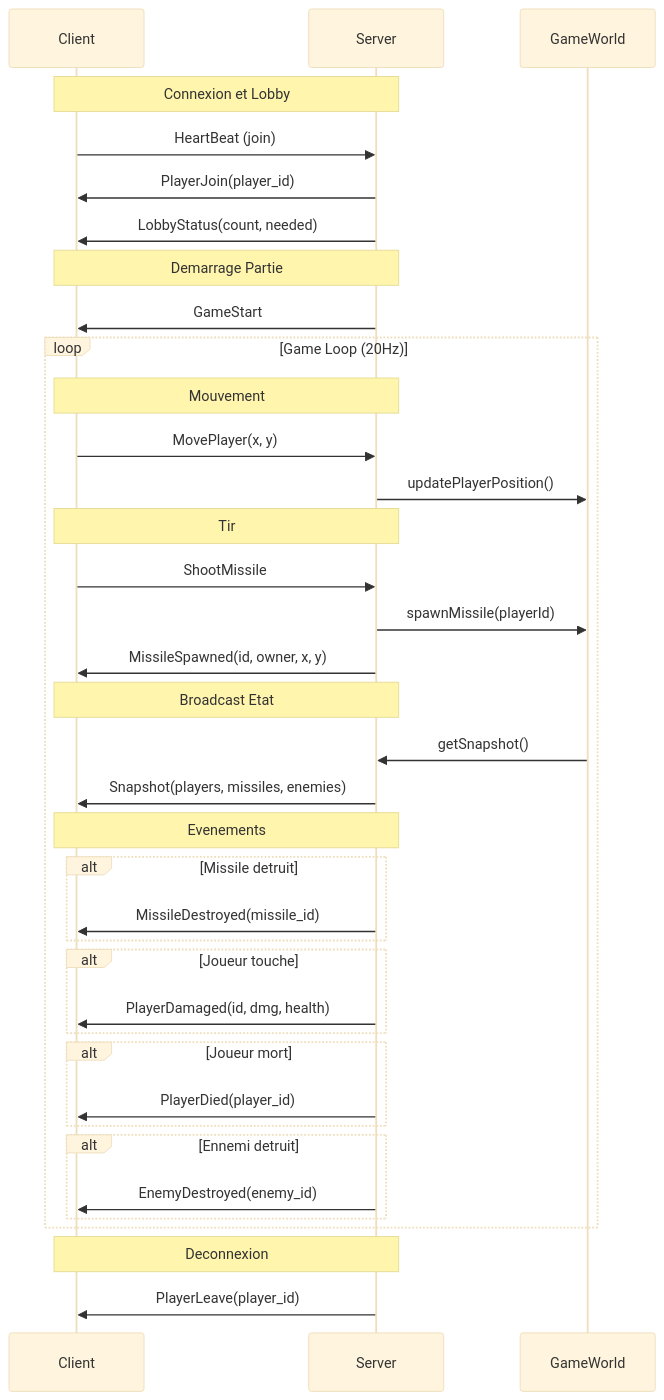
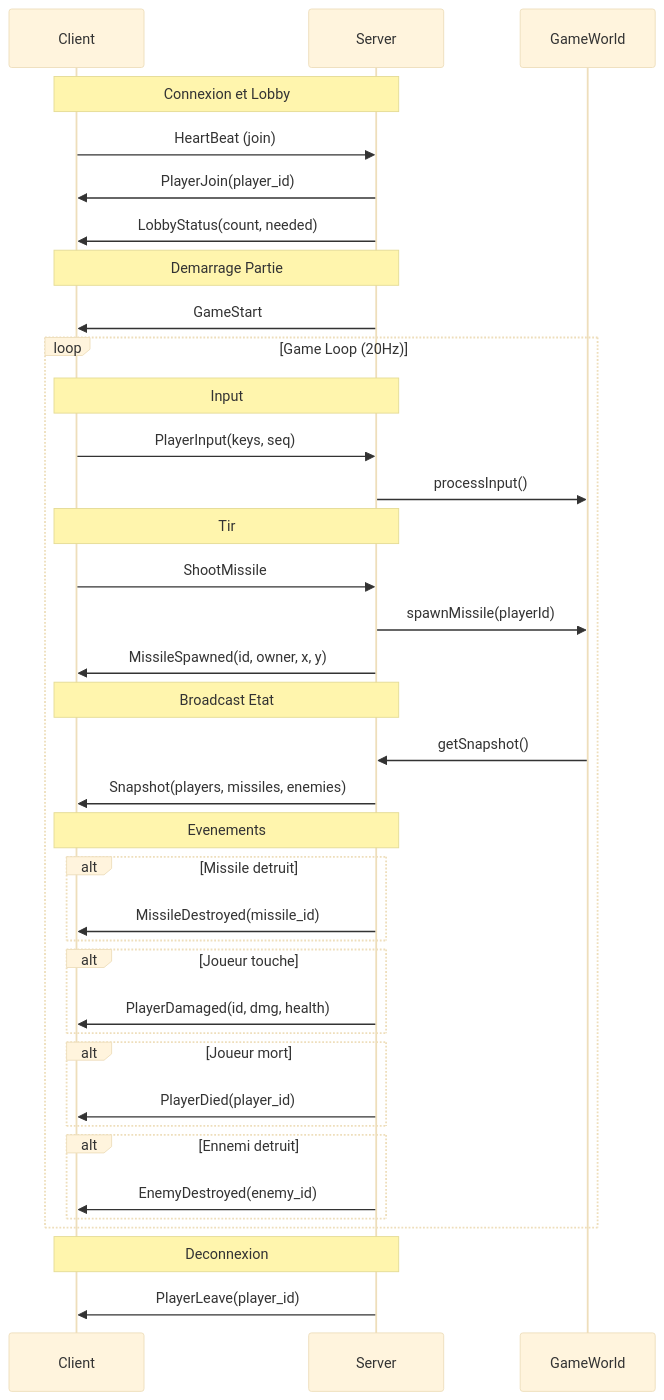
Before and after one commit to ChrisG-L/rtype: the second of 4 diagrams in docs/guides/network-architecture.md, drawn with Mermaid (base theme). The commit also changed other lines of this file and 38 other files, not shown here.

````diff
--- a/docs/guides/network-architecture.md
+++ b/docs/guides/network-architecture.md
@@ -378,46 +387,46 @@
 ```mermaid
 sequenceDiagram
     participant C as Client
     participant S as Server
     participant GW as GameWorld
 
     Note over C,S: Connexion et Lobby
     C->>S: HeartBeat (join)
     S->>C: PlayerJoin(player_id)
     S->>C: LobbyStatus(count, needed)
 
     Note over C,S: Demarrage Partie
     S->>C: GameStart
 
     loop Game Loop (20Hz)
-        Note over C,S: Mouvement
-        C->>S: MovePlayer(x, y)
-        S->>GW: updatePlayerPosition()
+        Note over C,S: Input
+        C->>S: PlayerInput(keys, seq)
+        S->>GW: processInput()
 
         Note over C,S: Tir
         C->>S: ShootMissile
         S->>GW: spawnMissile(playerId)
         S->>C: MissileSpawned(id, owner, x, y)
 
         Note over C,S: Broadcast Etat
         GW->>S: getSnapshot()
         S->>C: Snapshot(players, missiles, enemies)
 
         Note over C,S: Evenements
         alt Missile detruit
             S->>C: MissileDestroyed(missile_id)
         end
         alt Joueur touche
             S->>C: PlayerDamaged(id, dmg, health)
         end
         alt Joueur mort
             S->>C: PlayerDied(player_id)
         end
         alt Ennemi detruit
             S->>C: EnemyDestroyed(enemy_id)
         end
     end
 
     Note over C,S: Deconnexion
     S->>C: PlayerLeave(player_id)
 ```
````
